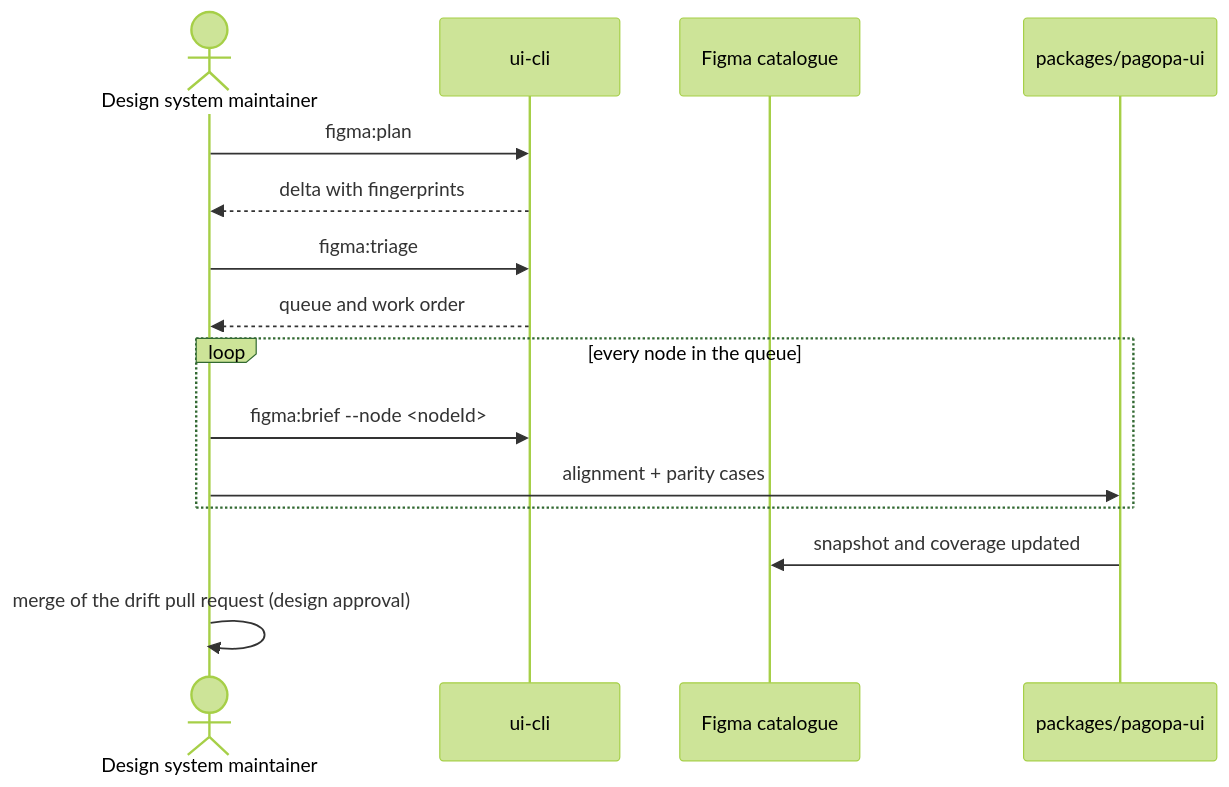
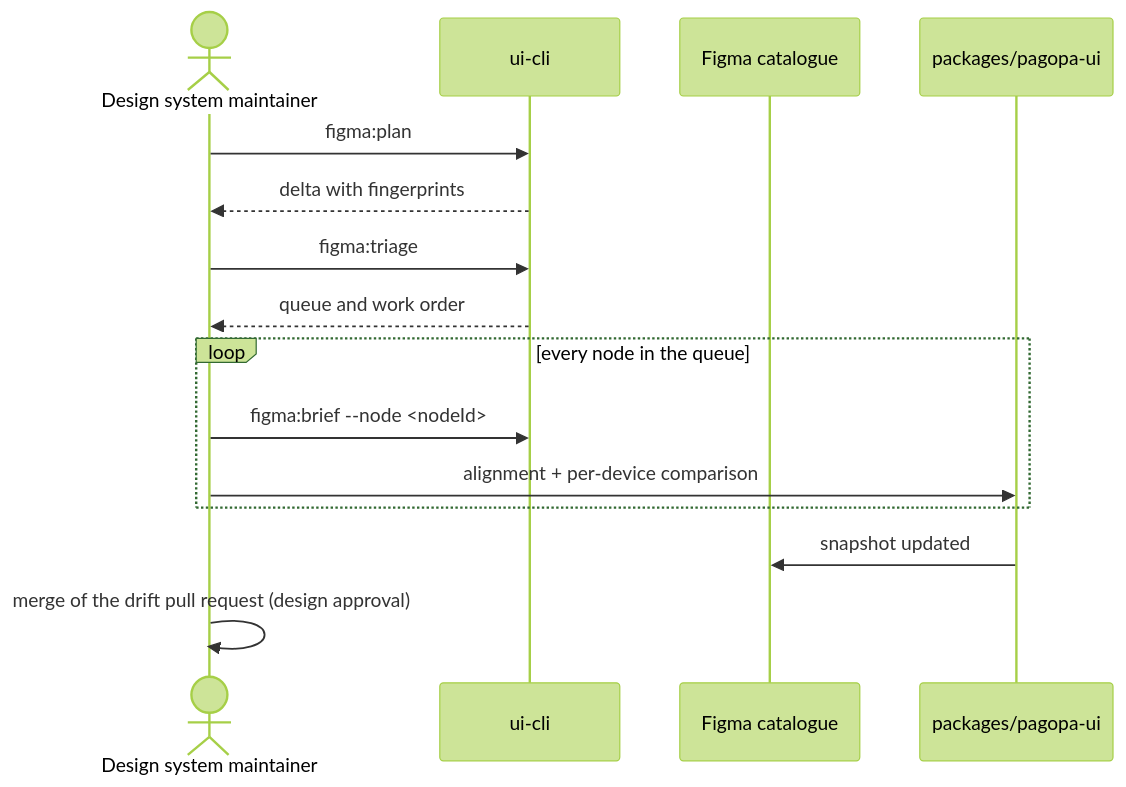
The diagram in docs/use-cases/uc-02-align-component-to-figma-delta.md (pagopa/ui), drawn with Mermaid (forest theme) before and after one commit. The commit also changed other lines of this file and 454 other files, not shown here.

````diff
--- a/docs/use-cases/uc-02-align-component-to-figma-delta.md
+++ b/docs/use-cases/uc-02-align-component-to-figma-delta.md
@@ -88,17 +88,17 @@
 ```mermaid
 sequenceDiagram
   actor M as Design system maintainer
   participant CLI as ui-cli
   participant CAT as Figma catalogue
   participant LIB as packages/pagopa-ui
   M->>CLI: figma:plan
   CLI-->>M: delta with fingerprints
   M->>CLI: figma:triage
   CLI-->>M: queue and work order
   loop every node in the queue
     M->>CLI: figma:brief --node <nodeId>
-    M->>LIB: alignment + parity cases
+    M->>LIB: alignment + per-device comparison
   end
-  LIB->>CAT: snapshot and coverage updated
+  LIB->>CAT: snapshot updated
   M->>M: merge of the drift pull request (design approval)
 ```
````
